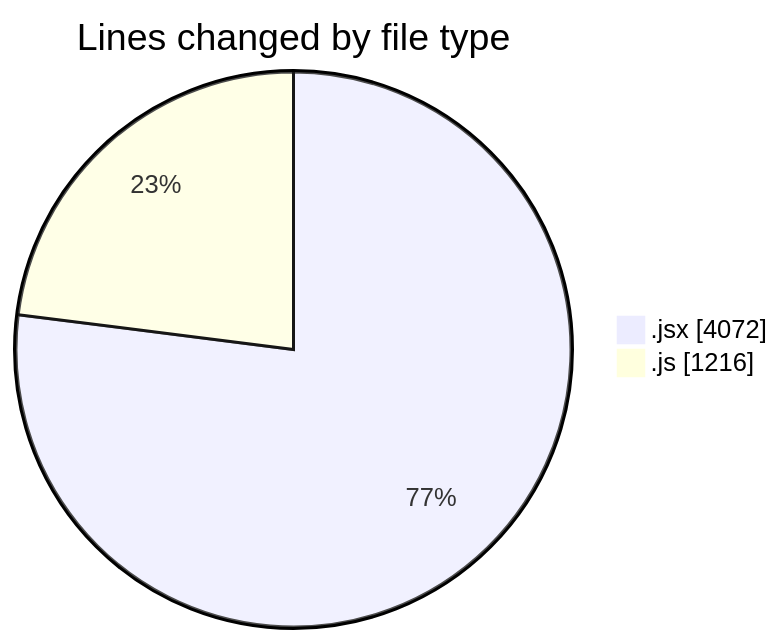
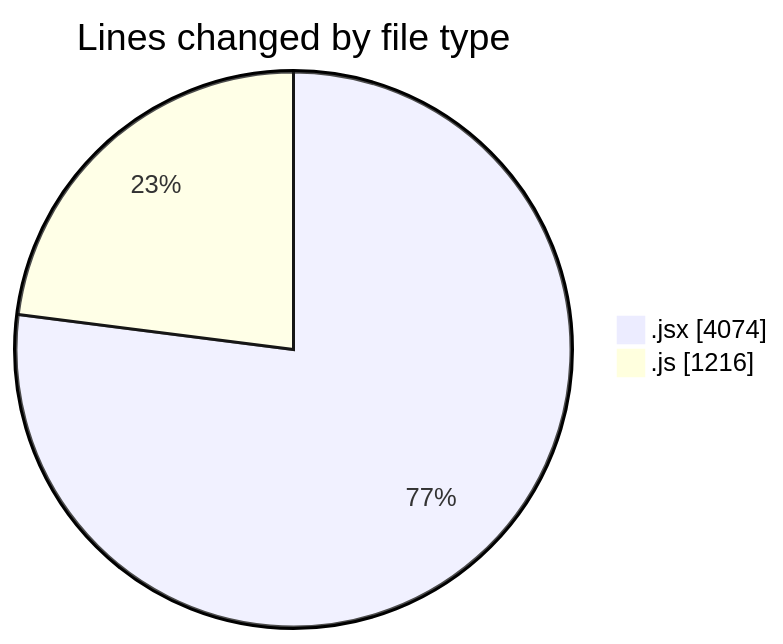
Before and after one commit to nxtqubesakshisongat/code-tracking: the first of 2 diagrams in 2025-07-24/nxtqube_webapp/README.md, drawn with Mermaid. The commit also changed other lines of this file and 1 other file, not shown here.

````diff
--- a/2025-07-24/nxtqube_webapp/README.md
+++ b/2025-07-24/nxtqube_webapp/README.md
@@ -27,6 +27,6 @@
 ```mermaid
 pie showData
 title Lines changed by file type
-".jsx" : 4072
+".jsx" : 4074
 ".js" : 1216
 ```
````
